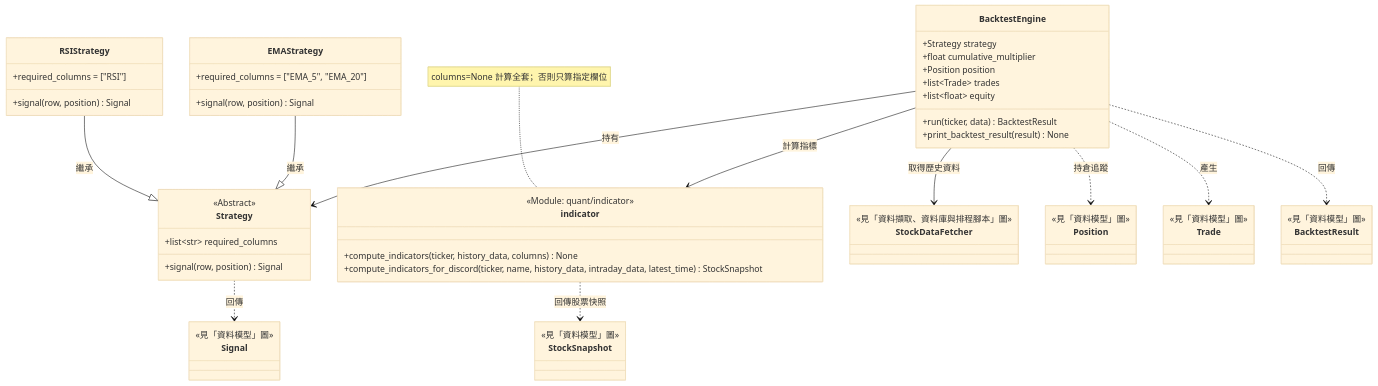
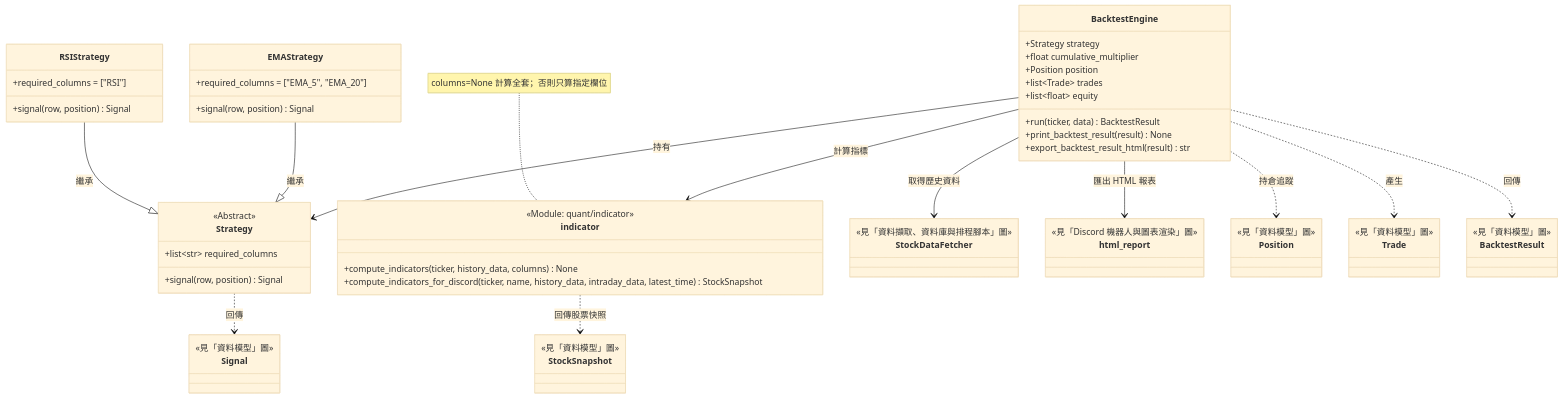
Before and after one commit to JialaChang/Stock-Bot: the second of 4 diagrams in docs/UML.md, drawn with Mermaid (base theme). The commit also changed other lines of this file and 7 other files, not shown here.

Commit message:
feat(utils): add shared HTML report layer for price and backtest exports

````diff
--- a/docs/UML.md
+++ b/docs/UML.md
@@ -78,67 +78,72 @@
 ```mermaid
 classDiagram
     direction TB
 
     class indicator {
         <<Module: quant/indicator>>
         +compute_indicators(ticker, history_data, columns) None
         +compute_indicators_for_discord(ticker, name, history_data, intraday_data, latest_time) StockSnapshot
     }
     note for indicator "columns=None 計算全套；否則只算指定欄位"
 
     class Strategy {
         <<Abstract>>
         +list~str~ required_columns
         +signal(row, position) Signal
     }
 
     class RSIStrategy {
         +required_columns = ["RSI"]
         +signal(row, position) Signal
     }
 
     class EMAStrategy {
         +required_columns = ["EMA_5", "EMA_20"]
         +signal(row, position) Signal
     }
 
     class BacktestEngine {
         +Strategy strategy
         +float cumulative_multiplier
         +Position position
         +list~Trade~ trades
         +list~float~ equity
         +run(ticker, data) BacktestResult
         +print_backtest_result(result) None
+        +export_backtest_result_html(result) str
     }
 
     class StockDataFetcher {
         <<見「資料擷取、資料庫與排程腳本」圖>>
+    }
+    class html_report {
+        <<見「Discord 機器人與圖表渲染」圖>>
     }
     class StockSnapshot {
         <<見「資料模型」圖>>
     }
     class Signal {
         <<見「資料模型」圖>>
     }
     class Position {
         <<見「資料模型」圖>>
     }
     class Trade {
         <<見「資料模型」圖>>
     }
     class BacktestResult {
         <<見「資料模型」圖>>
     }
 
     RSIStrategy --|> Strategy : 繼承
     EMAStrategy --|> Strategy : 繼承
     Strategy ..> Signal : 回傳
     indicator ..> StockSnapshot : 回傳股票快照
     BacktestEngine --> Strategy : 持有
     BacktestEngine --> indicator : 計算指標
     BacktestEngine --> StockDataFetcher : 取得歷史資料
+    BacktestEngine --> html_report : 匯出 HTML 報表
     BacktestEngine ..> Position : 持倉追蹤
     BacktestEngine ..> Trade : 產生
     BacktestEngine ..> BacktestResult : 回傳
 ```
````
